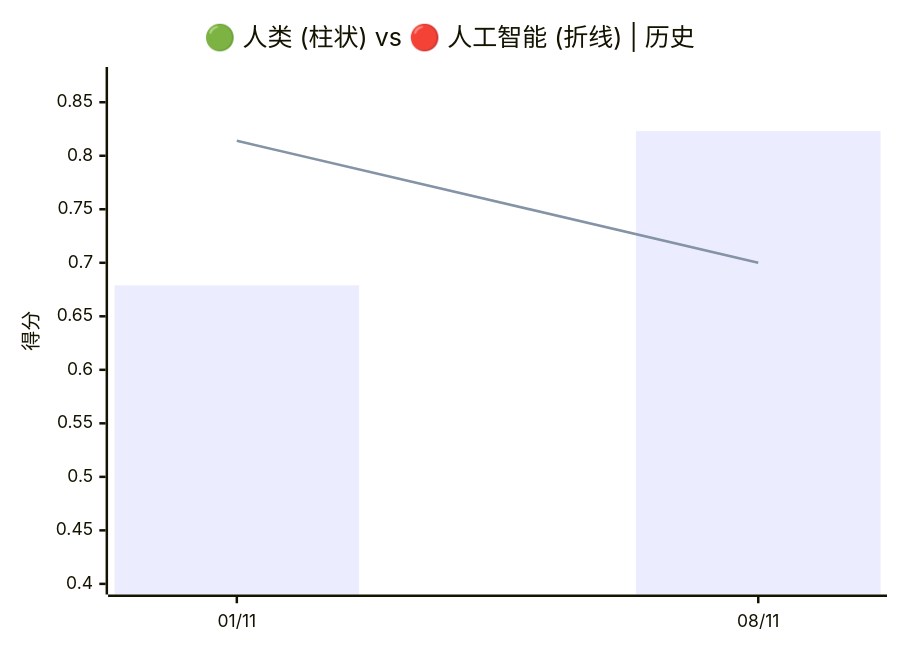
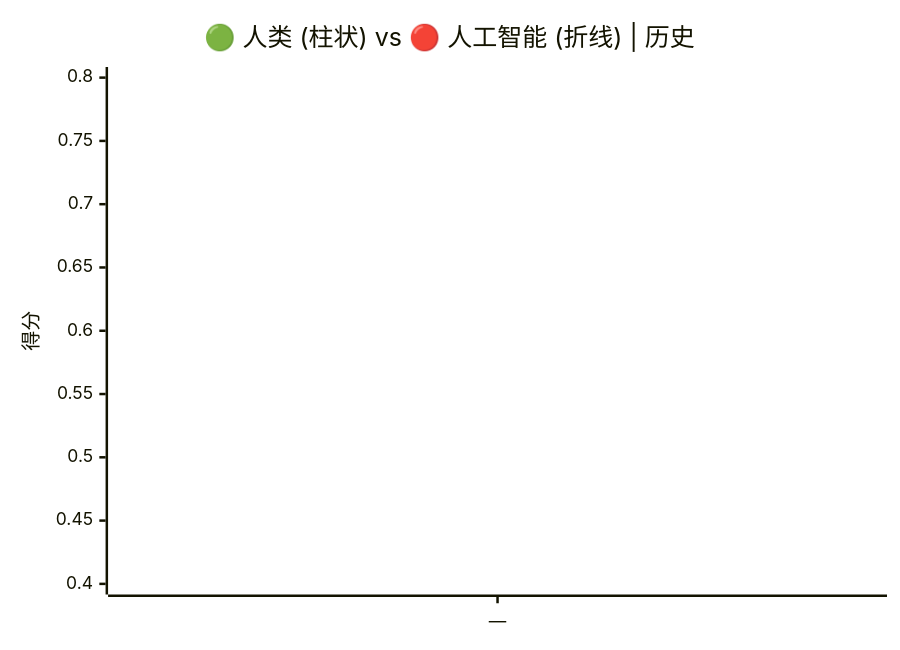
Before and after one commit to VQQLK/Human-AI-Monitor: the first of 3 diagrams in README.zh.md, drawn with Mermaid. The commit also changed other lines of this file and 2 other files, not shown here.

````diff
--- a/README.zh.md
+++ b/README.zh.md
@@ -35,8 +35,8 @@
 ```mermaid
 xychart-beta
     title "🟢 人类 (柱状) vs 🔴 人工智能 (折线) | 历史"
-    x-axis ["01/11", "08/11"]
-    y-axis "得分" 0.400 --> 0.873
-    bar [0.679, 0.823]
-    line [0.814, 0.700]
+    x-axis ["—"]
+    y-axis "得分" 0.400 --> 0.800
+    bar [0]
+    line [0]
 ```
````
